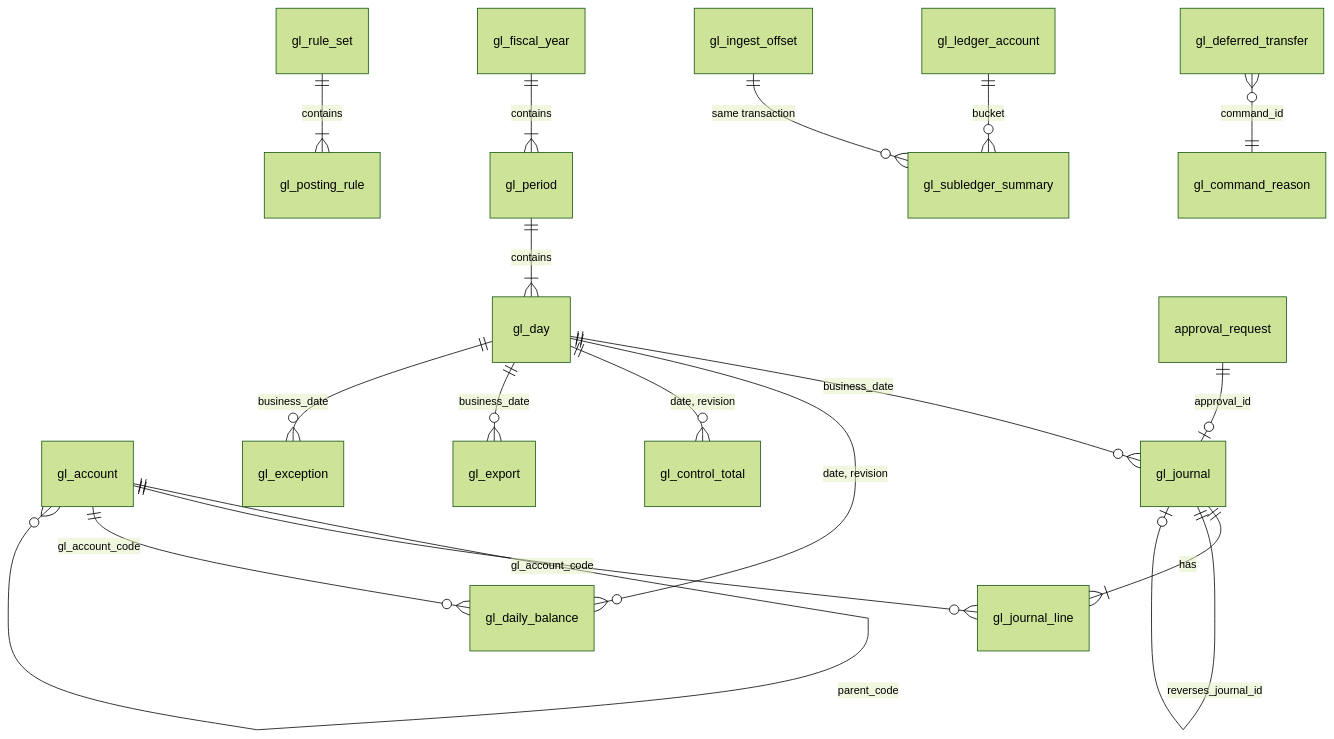
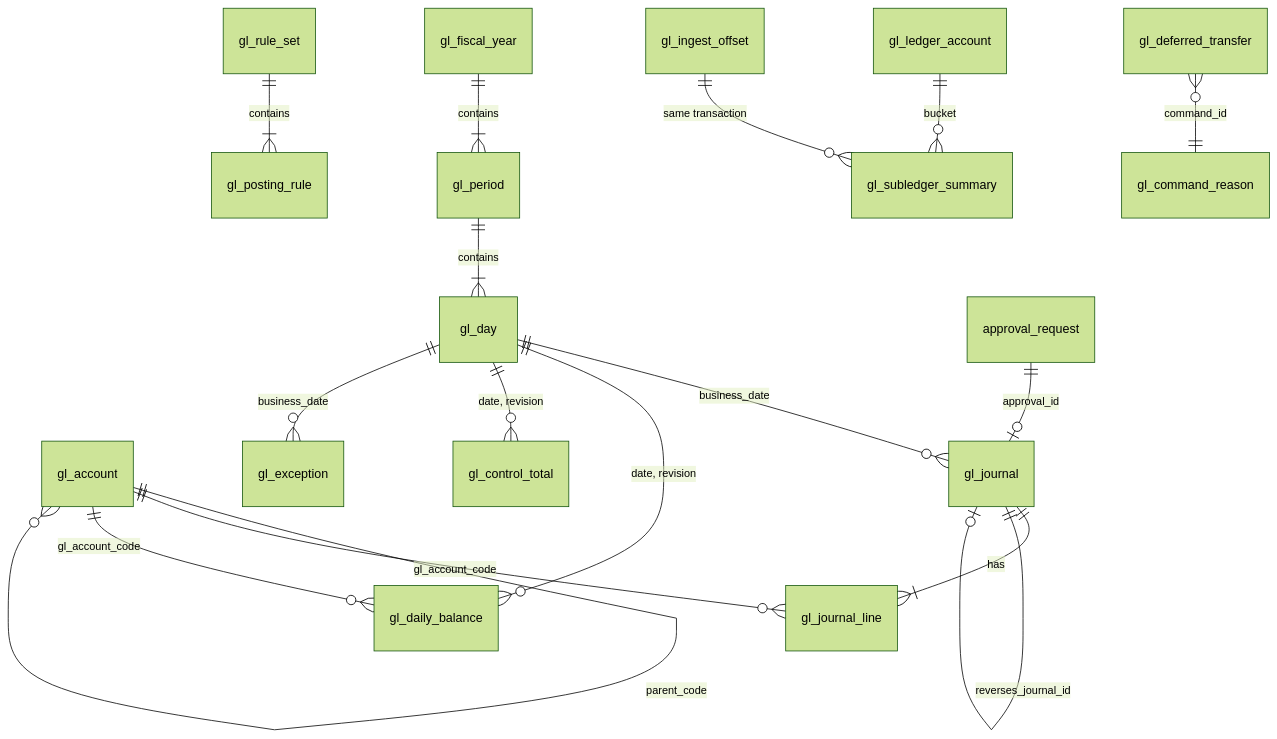
Before and after one commit to anarefin/bitspay-core: diagram 15 of 15 in services/general-ledger-service/docs/SPEC.md, drawn with Mermaid (forest theme). The commit also changed other lines of this file and 591 other files, not shown here.

````diff
--- a/services/general-ledger-service/docs/SPEC.md
+++ b/services/general-ledger-service/docs/SPEC.md
@@ -533,20 +523,19 @@
 ```mermaid
 erDiagram
   gl_account ||--o{ gl_account : "parent_code"
   gl_rule_set ||--|{ gl_posting_rule : contains
   gl_fiscal_year ||--|{ gl_period : contains
   gl_period ||--|{ gl_day : contains
   gl_day ||--o{ gl_journal : "business_date"
   gl_journal ||--|{ gl_journal_line : has
   gl_account ||--o{ gl_journal_line : "gl_account_code"
   gl_journal ||--o| gl_journal : "reverses_journal_id"
   gl_day ||--o{ gl_daily_balance : "date, revision"
   gl_account ||--o{ gl_daily_balance : "gl_account_code"
   gl_day ||--o{ gl_control_total : "date, revision"
-  gl_day ||--o{ gl_export : "business_date"
   gl_ledger_account ||--o{ gl_subledger_summary : "bucket"
   gl_ingest_offset ||--o{ gl_subledger_summary : "same transaction"
   gl_deferred_transfer }o--|| gl_command_reason : "command_id"
   gl_day ||--o{ gl_exception : "business_date"
   approval_request ||--o| gl_journal : "approval_id"
 ```
````
